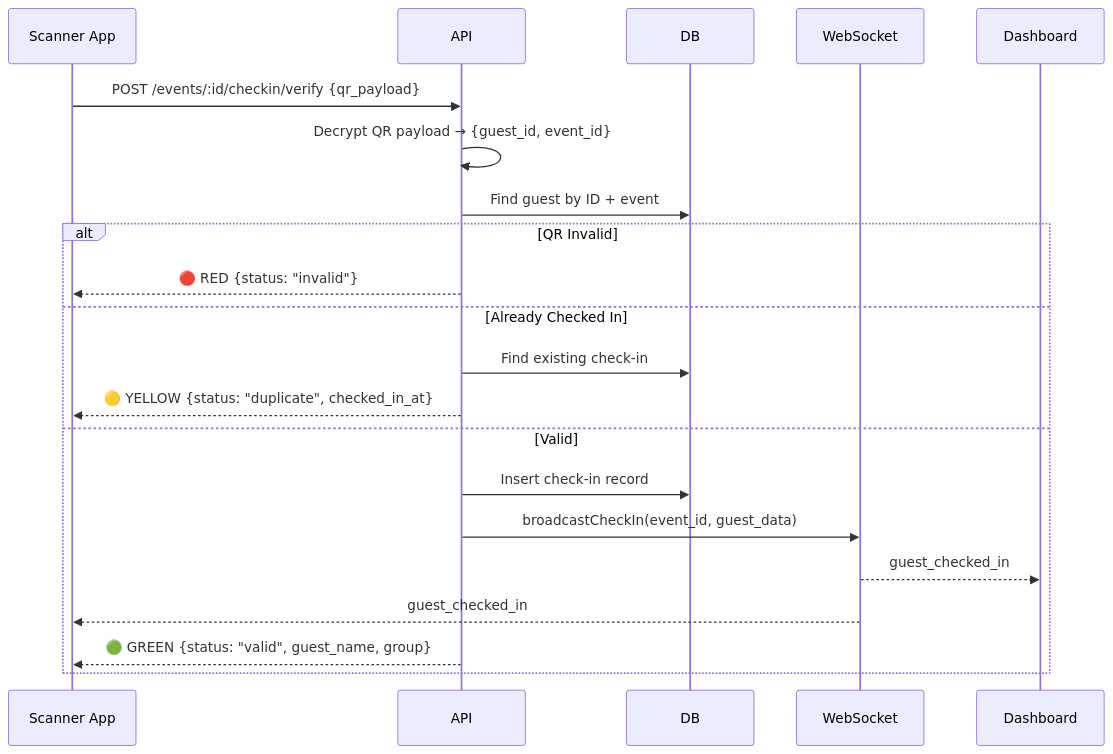
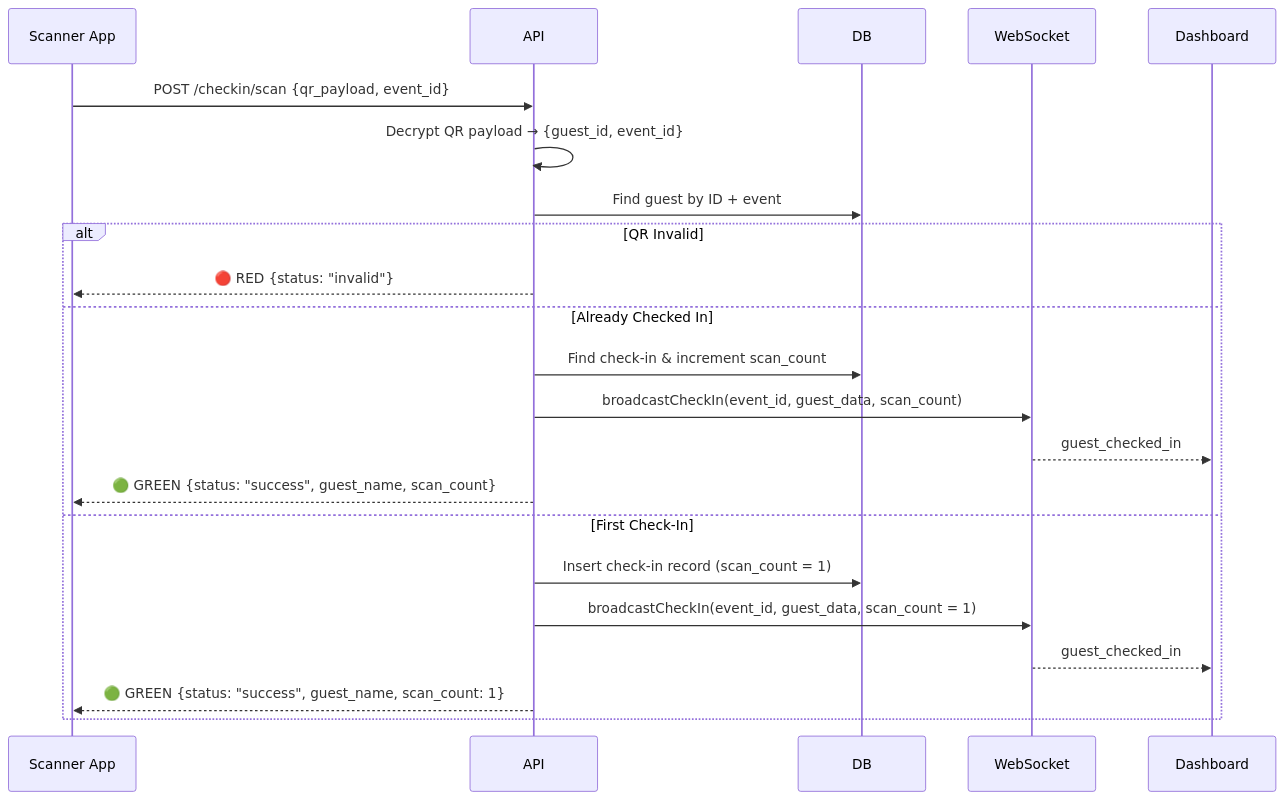
The fourth of 12 diagrams in .agents/summary/workflows.md (maru-story/wedding-ecosystem), drawn with Mermaid before and after one commit. The commit also changed other lines of this file and 212 other files, not shown here.

````diff
--- a/.agents/summary/workflows.md
+++ b/.agents/summary/workflows.md
@@ -77,24 +77,25 @@
 ```mermaid
 sequenceDiagram
     participant Scanner as Scanner App
     participant API
     participant DB
     participant WS as WebSocket
     participant Dashboard
 
-    Scanner->>API: POST /events/:id/checkin/verify {qr_payload}
+    Scanner->>API: POST /checkin/scan {qr_payload, event_id}
     API->>API: Decrypt QR payload → {guest_id, event_id}
     API->>DB: Find guest by ID + event
     alt QR Invalid
         API-->>Scanner: 🔴 RED {status: "invalid"}
     else Already Checked In
-        API->>DB: Find existing check-in
-        API-->>Scanner: 🟡 YELLOW {status: "duplicate", checked_in_at}
-    else Valid
-        API->>DB: Insert check-in record
-        API->>WS: broadcastCheckIn(event_id, guest_data)
+        API->>DB: Find check-in & increment scan_count
+        API->>WS: broadcastCheckIn(event_id, guest_data, scan_count)
         WS-->>Dashboard: guest_checked_in
-        WS-->>Scanner: guest_checked_in
-        API-->>Scanner: 🟢 GREEN {status: "valid", guest_name, group}
+        API-->>Scanner: 🟢 GREEN {status: "success", guest_name, scan_count}
+    else First Check-In
+        API->>DB: Insert check-in record (scan_count = 1)
+        API->>WS: broadcastCheckIn(event_id, guest_data, scan_count = 1)
+        WS-->>Dashboard: guest_checked_in
+        API-->>Scanner: 🟢 GREEN {status: "success", guest_name, scan_count: 1}
     end
 ```
````
